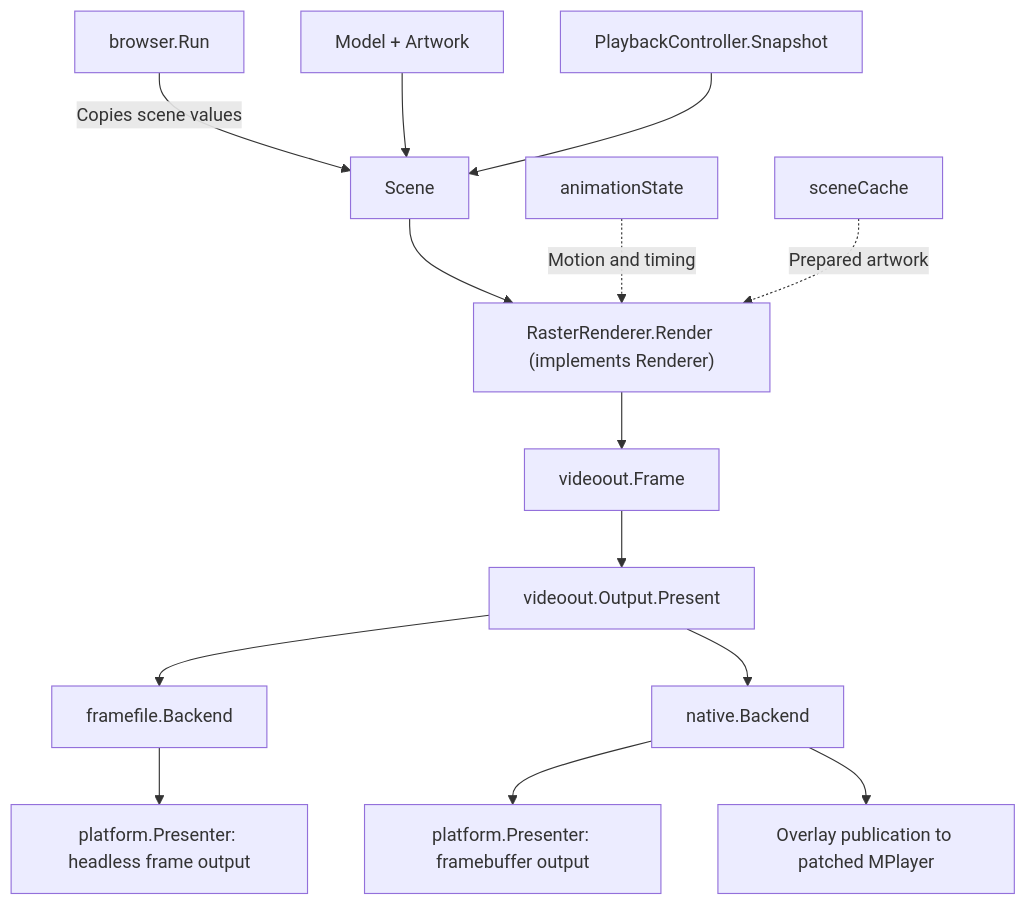
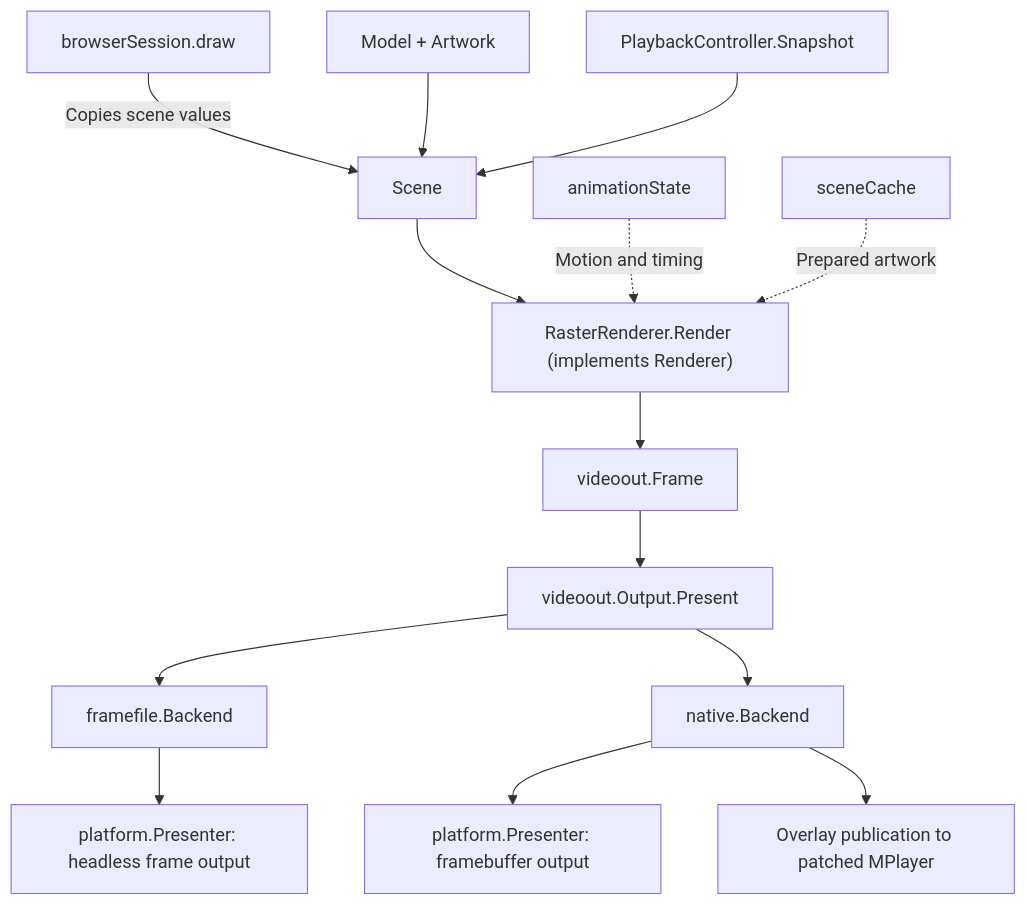
One commit to trentnix/misterfin-crt changed the diagram in docs/GO_RENDERING.md. Above: the diagram before and after it, drawn with Mermaid. The commit also changed other lines of this file and 52 other files, not shown here.

````diff
--- a/docs/GO_RENDERING.md
+++ b/docs/GO_RENDERING.md
@@ -7,16 +7,16 @@
 ```mermaid
 flowchart TD
-    Run["browser.Run"] -->|"Copies scene values"| Scene["Scene"]
+    Run["browserSession.draw"] -->|"Copies scene values"| Scene["Scene"]
     Model["Model + Artwork"] --> Scene
     Controller["PlaybackController.Snapshot"] --> Scene
     Scene --> Raster["RasterRenderer.Render (implements Renderer)"]
     Animation["animationState"] -.->|"Motion and timing"| Raster
     Cache["sceneCache"] -.->|"Prepared artwork"| Raster
     Raster --> Frame["videoout.Frame"]
     Frame --> Output["videoout.Output.Present"]
     Output --> Ghostty["framefile.Backend"]
     Output --> MiSTer["native.Backend"]
     Ghostty --> GP["platform.Presenter: headless frame output"]
     MiSTer --> MP["platform.Presenter: framebuffer output"]
     MiSTer --> Overlay["Overlay publication to patched MPlayer"]
 ```
````
